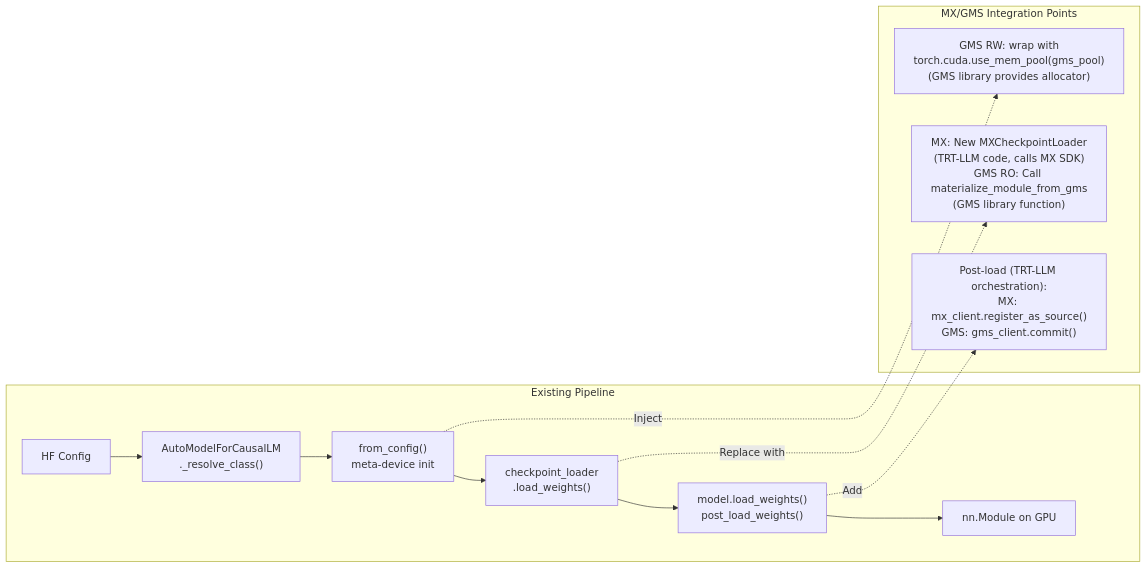
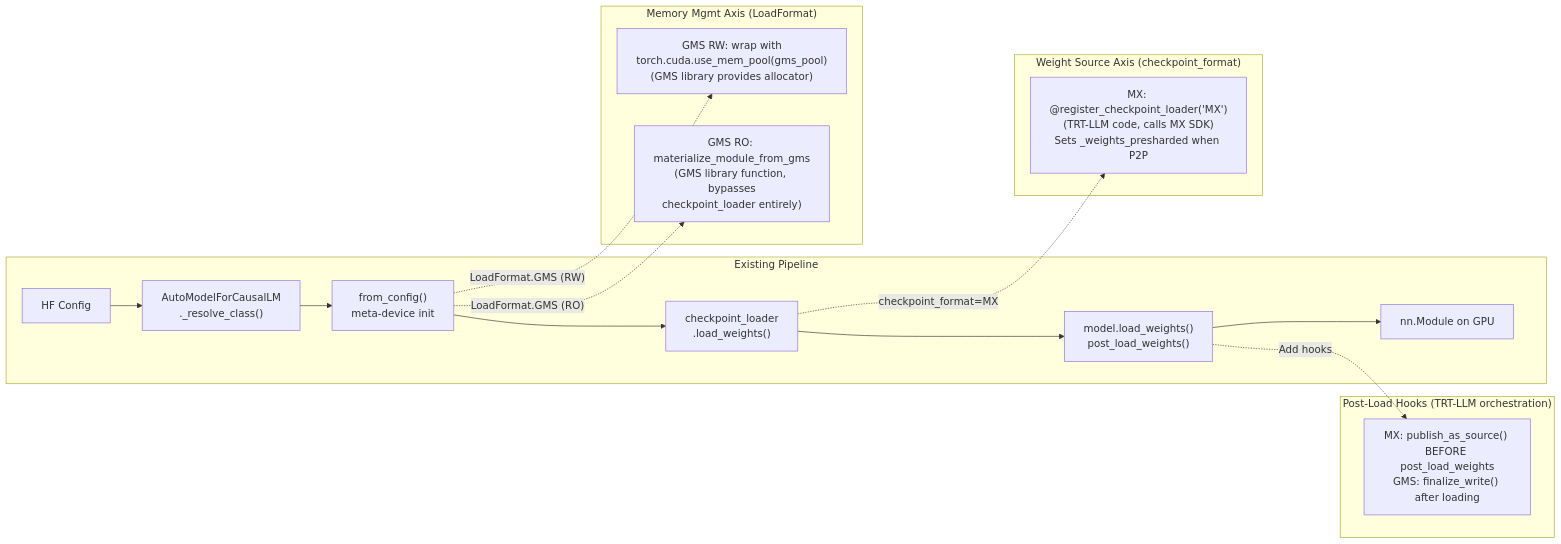
Before and after one commit to chienchunhung/TensorRT-LLM: the fourth of 4 diagrams in docs/design/mx-gms-integration/03-architecture.md, drawn with Mermaid. The commit also changed 6 other files, not shown here.

First line of the commit message:
[None][docs] Adopt two-axis integration model for MX/GMS design doc

````diff
--- a/docs/design/mx-gms-integration/03-architecture.md
+++ b/docs/design/mx-gms-integration/03-architecture.md
@@ -113,20 +113,28 @@
 ```mermaid
 flowchart LR
     subgraph "Existing Pipeline"
         A["HF Config"] --> B["AutoModelForCausalLM<br/>._resolve_class()"]
         B --> C["from_config()<br/>meta-device init"]
         C --> D["checkpoint_loader<br/>.load_weights()"]
         D --> E["model.load_weights()<br/>post_load_weights()"]
         E --> F["nn.Module on GPU"]
     end
 
-    subgraph "MX/GMS Integration Points"
-        D1["MX: New MXCheckpointLoader<br/>(TRT-LLM code, calls MX SDK)<br/>GMS RO: Call materialize_module_from_gms<br/>(GMS library function)"]
-        D2["Post-load (TRT-LLM orchestration):<br/>MX: mx_client.register_as_source()<br/>GMS: gms_client.commit()"]
-        D3["GMS RW: wrap with<br/>torch.cuda.use_mem_pool(gms_pool)<br/>(GMS library provides allocator)"]
+    subgraph "Weight Source Axis (checkpoint_format)"
+        D1["MX: @register_checkpoint_loader('MX')<br/>(TRT-LLM code, calls MX SDK)<br/>Sets _weights_presharded when P2P"]
     end
 
-    D -.->|"Replace with"| D1
-    E -.->|"Add"| D2
-    C -.->|"Inject"| D3
+    subgraph "Memory Mgmt Axis (LoadFormat)"
+        D3["GMS RW: wrap with<br/>torch.cuda.use_mem_pool(gms_pool)<br/>(GMS library provides allocator)"]
+        D4["GMS RO: materialize_module_from_gms<br/>(GMS library function, bypasses<br/>checkpoint_loader entirely)"]
+    end
+
+    subgraph "Post-Load Hooks (TRT-LLM orchestration)"
+        D2["MX: publish_as_source() BEFORE post_load_weights<br/>GMS: finalize_write() after loading"]
+    end
+
+    D -.->|"checkpoint_format=MX"| D1
+    C -.->|"LoadFormat.GMS (RW)"| D3
+    C -.->|"LoadFormat.GMS (RO)"| D4
+    E -.->|"Add hooks"| D2
 ```
````
